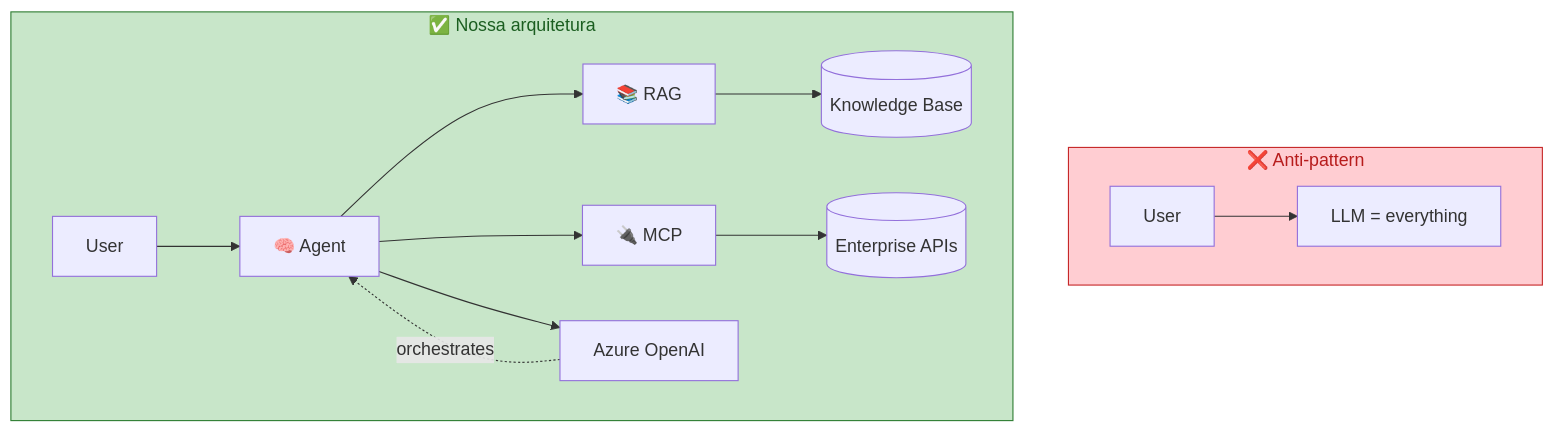
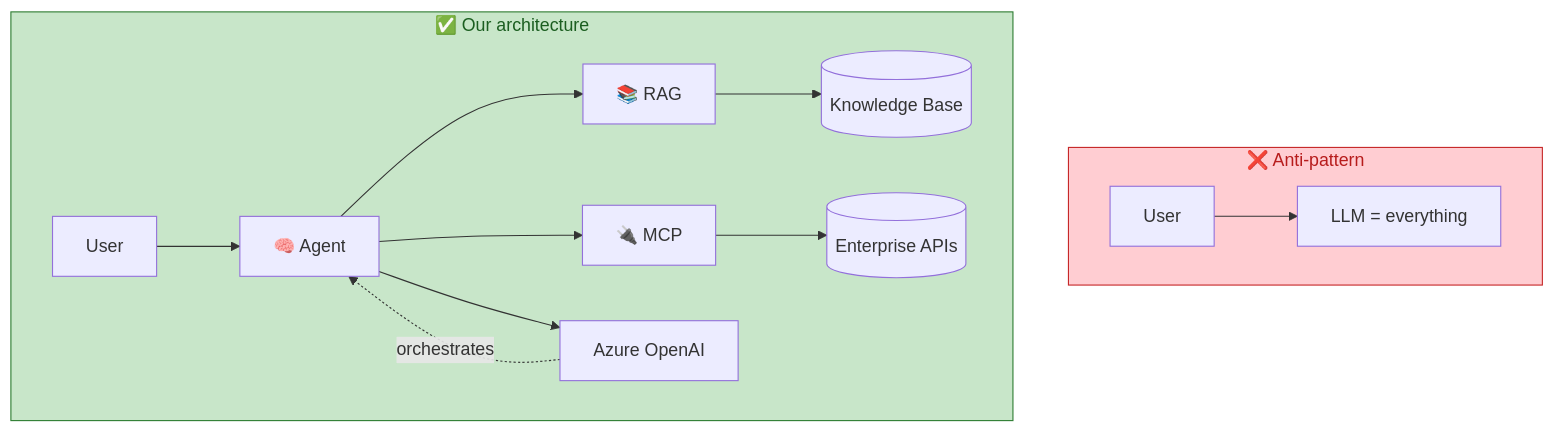
The second of 7 diagrams in docs/learn/01-concepts.md (farukzahra/ms-poc), drawn with Mermaid before and after one commit. The commit also changed other lines of this file and 16 other files, not shown here.

````diff
--- a/docs/learn/01-concepts.md
+++ b/docs/learn/01-concepts.md
@@ -38,21 +38,21 @@
 ```mermaid
 flowchart TB
     subgraph Bad["❌ Anti-pattern"]
         U1[User] --> LLM1[LLM = everything]
     end
 
-    subgraph Good["✅ Nossa arquitetura"]
+    subgraph Good["✅ Our architecture"]
         U2[User] --> AG[🧠 Agent]
         AG --> RAG[📚 RAG]
         AG --> MCP[🔌 MCP]
         RAG --> KB[(Knowledge Base)]
         MCP --> API[(Enterprise APIs)]
         AG --> LLM2[Azure OpenAI]
         LLM2 -.->|orchestrates| AG
     end
 
     classDef bad fill:#FFCDD2,stroke:#C62828,color:#B71C1C
     classDef good fill:#C8E6C9,stroke:#2E7D32,color:#1B5E20
     class Bad bad
     class Good good
 ```
````
